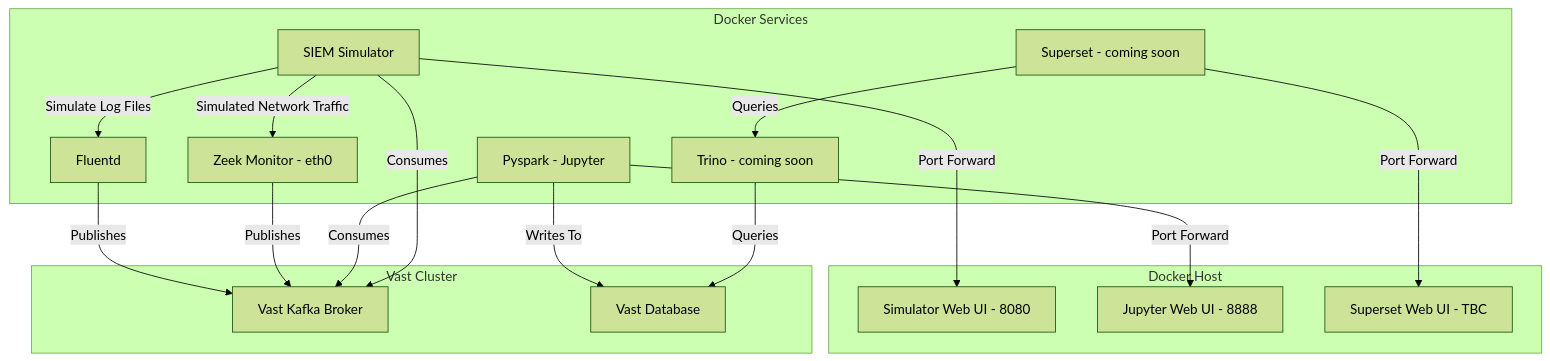
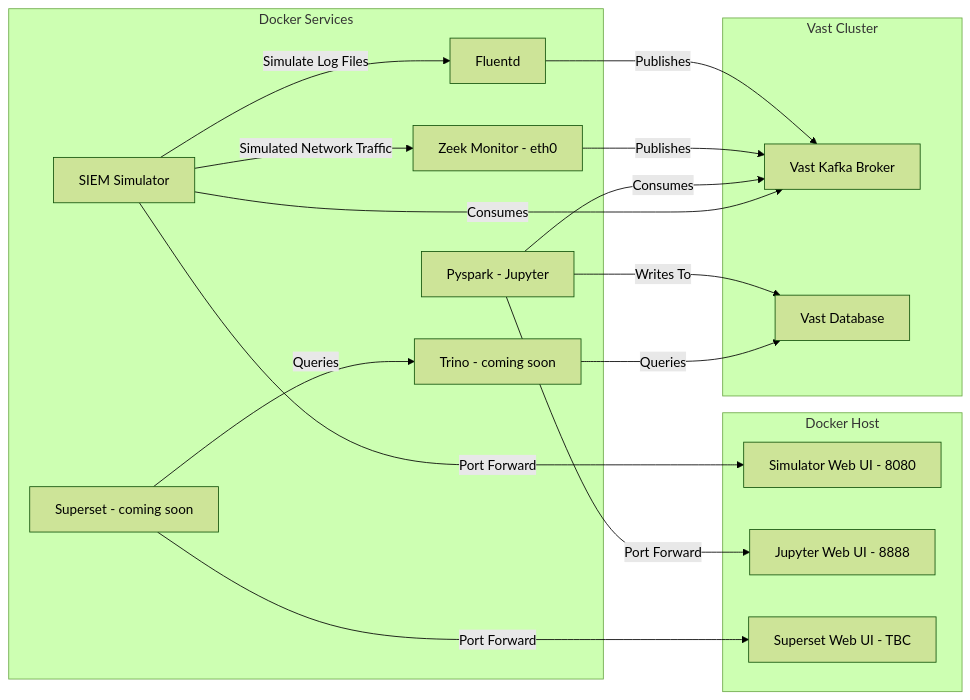
Before and after one commit to snowch/vastdata_siem_demo: the diagram in README.md, drawn with Mermaid (forest theme).

````diff
--- a/README.md
+++ b/README.md
@@ -13,37 +13,37 @@
 ```mermaid
-graph TD
+graph LR
     subgraph "Docker Services"
         Z[Zeek Monitor - eth0]
         S[SIEM Simulator]
         F[Fluentd]
         J[Pyspark - Jupyter]
         T[Trino - coming soon]
         AS[Superset - coming soon]
 
         S -- Simulate Log Files --> F
         S -- Simulated Network Traffic --> Z
         AS -- Queries --> T
     end
 
     subgraph "Docker Host"
         SW[Simulator Web UI - 8080]
         JW[Jupyter Web UI - 8888]
         ASW[Superset Web UI - TBC]
     end
 
     subgraph "Vast Cluster"
         K[Vast Kafka Broker]
         VDB[Vast Database]
     end
 
     S -- Port Forward --> SW
     J -- Port Forward --> JW
     AS -- Port Forward --> ASW
 
     F -- Publishes --> K
     Z -- Publishes --> K
     J -- Consumes --> K
     S -- Consumes --> K
     J -- Writes To --> VDB
     T -- Queries --> VDB
 ```
````
